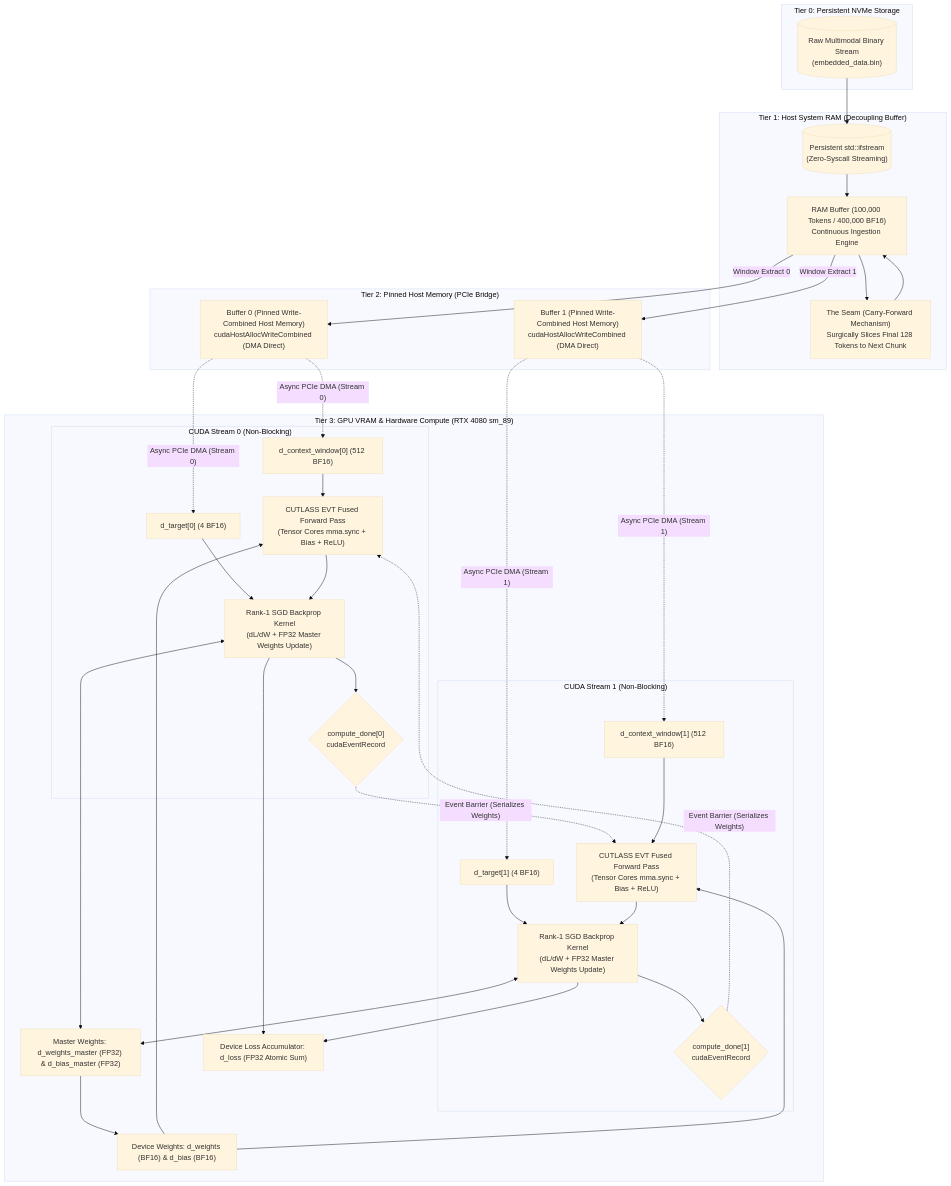
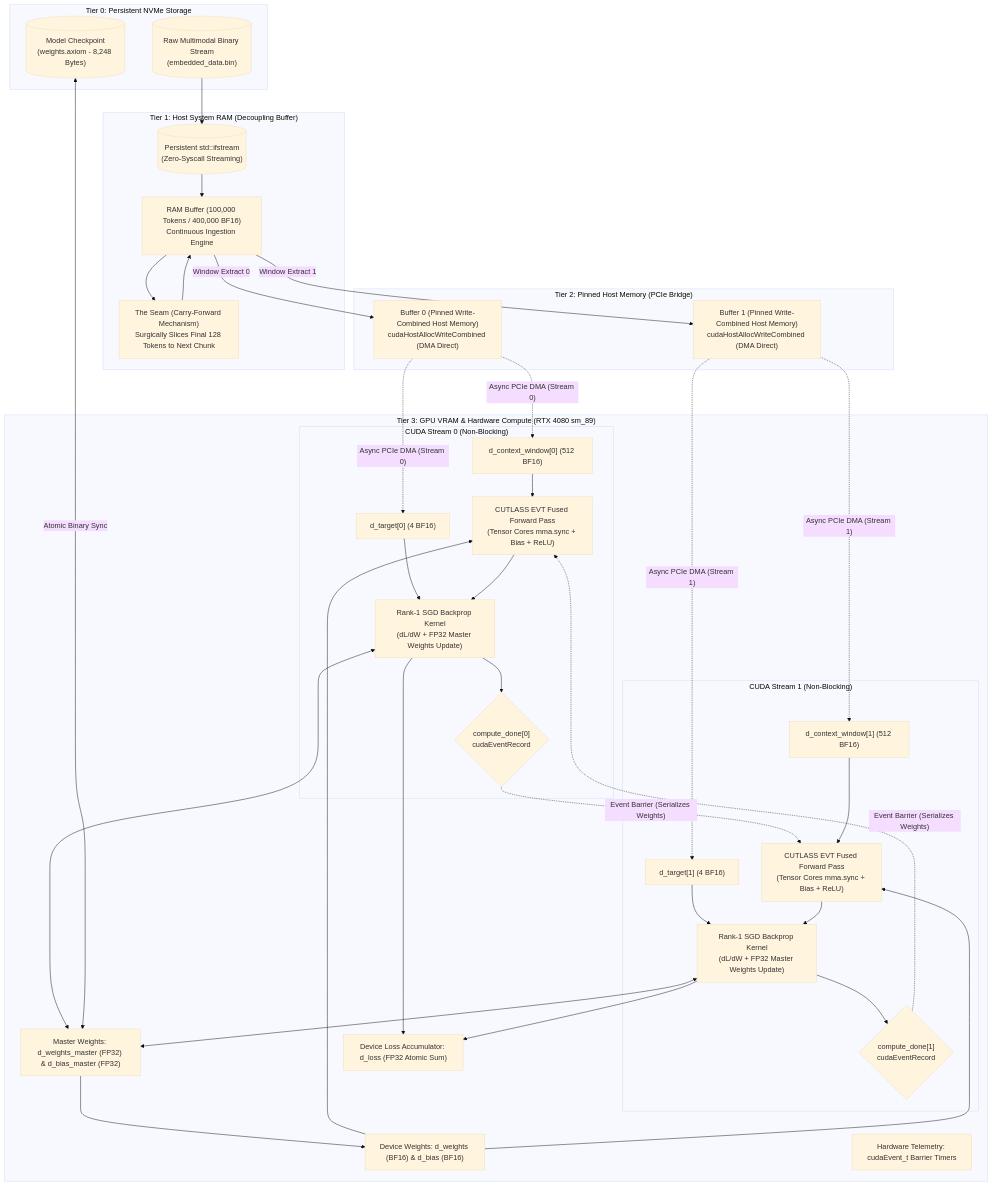
Before and after one commit to omid2007hope/PROJECT-AXIOM: the diagram in README.md, drawn with Mermaid (base theme). The commit also changed other lines of this file, not shown here.

Commit message:
docs: update README with hardware telemetry HUD and system architecture details

````diff
--- a/README.md
+++ b/README.md
@@ -49,73 +51,76 @@
 ```mermaid
 graph TB
     subgraph Tier0 ["Tier 0: Persistent NVMe Storage"]
         SSD[("Raw Multimodal Binary Stream<br/>(embedded_data.bin)")]
+        WeightsFile[("Model Checkpoint<br/>(weights.axiom - 8,248 Bytes)")]
     end
 
     subgraph Tier1 ["Tier 1: Host System RAM (Decoupling Buffer)"]
         Stream[("Persistent std::ifstream<br/>(Zero-Syscall Streaming)")]
         RAMBuf["RAM Buffer (100,000 Tokens / 400,000 BF16)<br/>Continuous Ingestion Engine"]
         TheSeam["The Seam (Carry-Forward Mechanism)<br/>Surgically Slices Final 128 Tokens to Next Chunk"]
     end
 
     subgraph Tier2 ["Tier 2: Pinned Host Memory (PCIe Bridge)"]
         PinnedA["Buffer 0 (Pinned Write-Combined Host Memory)<br/>cudaHostAllocWriteCombined (DMA Direct)"]
         PinnedB["Buffer 1 (Pinned Write-Combined Host Memory)<br/>cudaHostAllocWriteCombined (DMA Direct)"]
     end
 
     subgraph Tier3 ["Tier 3: GPU VRAM & Hardware Compute (RTX 4080 sm_89)"]
         subgraph Stream0 ["CUDA Stream 0 (Non-Blocking)"]
             D_Ctx0["d_context_window[0] (512 BF16)"]
             D_Tgt0["d_target[0] (4 BF16)"]
             Forward0["CUTLASS EVT Fused Forward Pass<br/>(Tensor Cores mma.sync + Bias + ReLU)"]
             Back0["Rank-1 SGD Backprop Kernel<br/>(dL/dW + FP32 Master Weights Update)"]
             Done0{"compute_done[0]<br/>cudaEventRecord"}
         end
 
         subgraph Stream1 ["CUDA Stream 1 (Non-Blocking)"]
             D_Ctx1["d_context_window[1] (512 BF16)"]
             D_Tgt1["d_target[1] (4 BF16)"]
             Forward1["CUTLASS EVT Fused Forward Pass<br/>(Tensor Cores mma.sync + Bias + ReLU)"]
             Back1["Rank-1 SGD Backprop Kernel<br/>(dL/dW + FP32 Master Weights Update)"]
             Done1{"compute_done[1]<br/>cudaEventRecord"}
         end
 
         WeightsMaster["Master Weights: d_weights_master (FP32) & d_bias_master (FP32)"]
         WeightsDevice["Device Weights: d_weights (BF16) & d_bias (BF16)"]
         LossAccum["Device Loss Accumulator: d_loss (FP32 Atomic Sum)"]
+        Telemetry["Hardware Telemetry: cudaEvent_t Barrier Timers"]
     end
 
     %% Flow Connections
     SSD --> Stream
     Stream --> RAMBuf
     RAMBuf --> TheSeam
     TheSeam --> RAMBuf
     RAMBuf -->|Window Extract 0| PinnedA
     RAMBuf -->|Window Extract 1| PinnedB
 
     PinnedA -. "Async PCIe DMA (Stream 0)" .-> D_Ctx0
     PinnedA -. "Async PCIe DMA (Stream 0)" .-> D_Tgt0
     PinnedB -. "Async PCIe DMA (Stream 1)" .-> D_Ctx1
     PinnedB -. "Async PCIe DMA (Stream 1)" .-> D_Tgt1
 
     D_Ctx0 --> Forward0
     D_Tgt0 --> Back0
     Forward0 --> Back0
     Back0 --> Done0
     Done0 -. "Event Barrier (Serializes Weights)" .-> Forward1
 
     D_Ctx1 --> Forward1
     D_Tgt1 --> Back1
     Forward1 --> Back1
     Back1 --> Done1
     Done1 -. "Event Barrier (Serializes Weights)" .-> Forward0
 
     Back0 <--> WeightsMaster
     Back1 <--> WeightsMaster
     WeightsMaster --> WeightsDevice
     WeightsDevice --> Forward0
     WeightsDevice --> Forward1
 
     Back0 --> LossAccum
     Back1 --> LossAccum
+    WeightsFile <-->|Atomic Binary Sync| WeightsMaster
 ```
````
